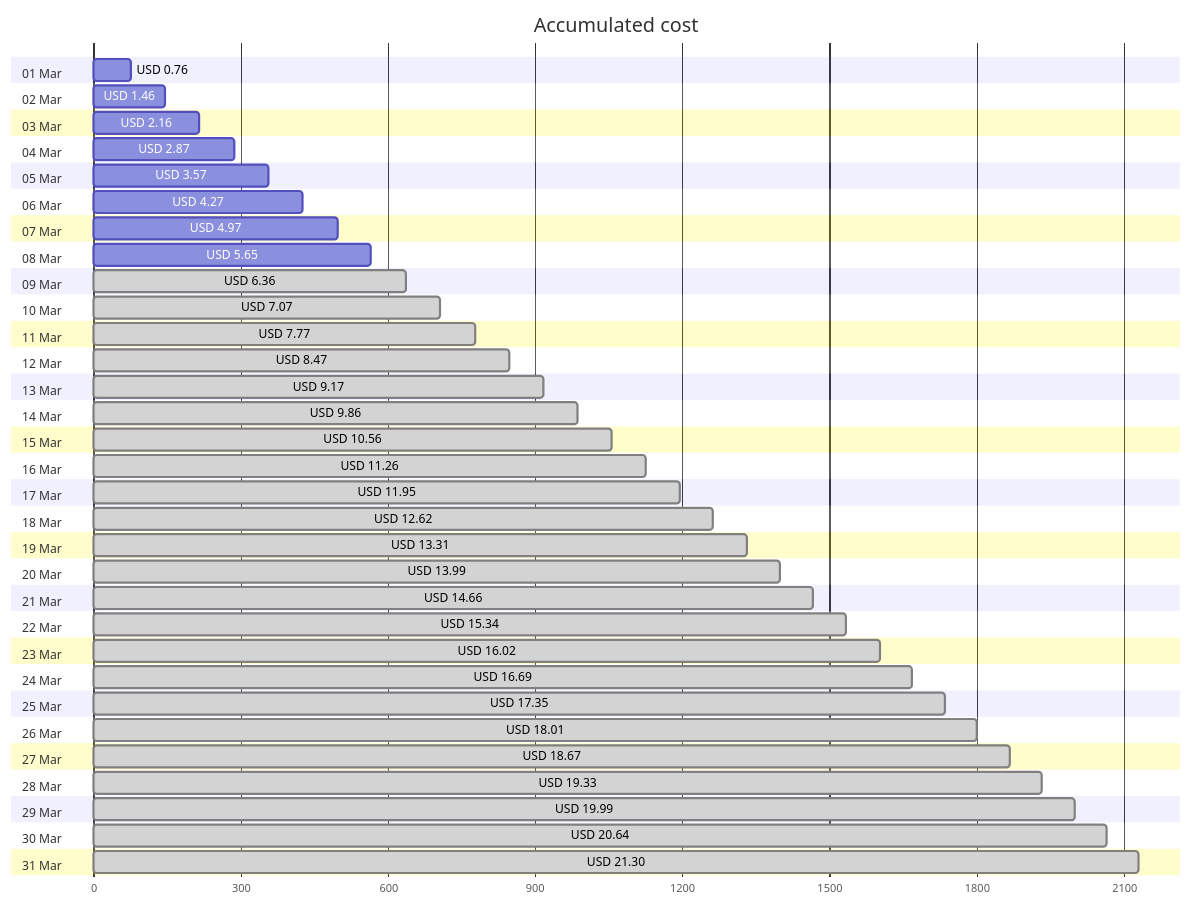
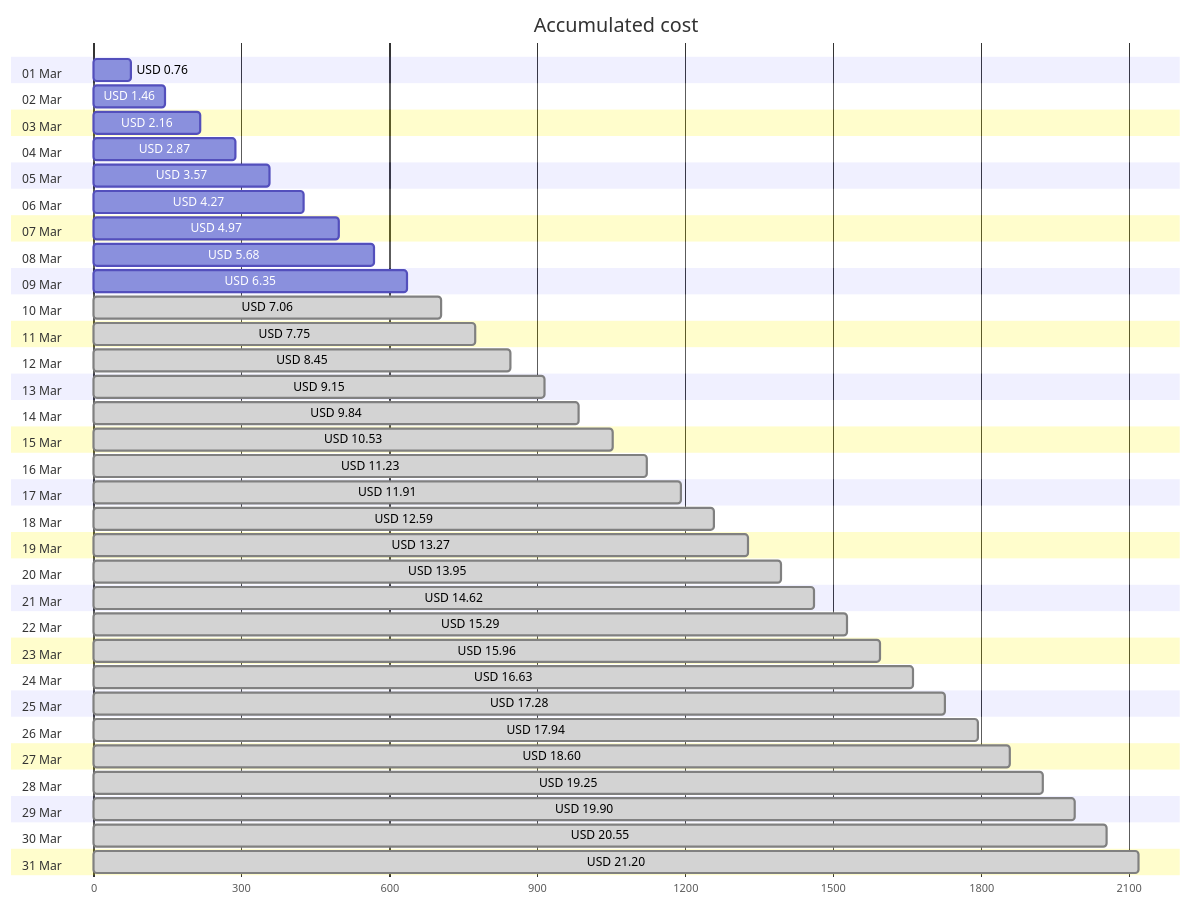
The first of 4 diagrams in cost-reports/personal-network/backup-server-data-disk.md (jpfulton/azure-personal-reports), drawn with Mermaid before and after one commit. The commit also changed other lines of this file and 8 other files, not shown here.

````diff
--- a/cost-reports/personal-network/backup-server-data-disk.md
+++ b/cost-reports/personal-network/backup-server-data-disk.md
@@ -20,68 +20,68 @@
 ```mermaid
 gantt
    title Accumulated cost
    dateFormat  X
    axisFormat %s
    section 01 Mar
    USD 0.76 :0, 76
    section 02 Mar
    USD 1.46 :0, 146
    section 03 Mar
    USD 2.16 :0, 216
    section 04 Mar
    USD 2.87 :0, 287
    section 05 Mar
    USD 3.57 :0, 357
    section 06 Mar
    USD 4.27 :0, 427
    section 07 Mar
    USD 4.97 :0, 497
    section 08 Mar
-   USD 5.65 :0, 565
+   USD 5.68 :0, 568
    section 09 Mar
-   USD 6.36 : done, 0, 636
+   USD 6.35 :0, 635
    section 10 Mar
-   USD 7.07 : done, 0, 707
+   USD 7.06 : done, 0, 706
    section 11 Mar
-   USD 7.77 : done, 0, 777
+   USD 7.75 : done, 0, 775
    section 12 Mar
-   USD 8.47 : done, 0, 847
+   USD 8.45 : done, 0, 845
    section 13 Mar
-   USD 9.17 : done, 0, 917
+   USD 9.15 : done, 0, 915
    section 14 Mar
-   USD 9.86 : done, 0, 986
+   USD 9.84 : done, 0, 984
    section 15 Mar
-   USD 10.56 : done, 0, 1056
+   USD 10.53 : done, 0, 1053
    section 16 Mar
-   USD 11.26 : done, 0, 1126
+   USD 11.23 : done, 0, 1123
    section 17 Mar
-   USD 11.95 : done, 0, 1195
+   USD 11.91 : done, 0, 1191
    section 18 Mar
-   USD 12.62 : done, 0, 1262
+   USD 12.59 : done, 0, 1259
    section 19 Mar
-   USD 13.31 : done, 0, 1331
+   USD 13.27 : done, 0, 1327
    section 20 Mar
-   USD 13.99 : done, 0, 1399
+   USD 13.95 : done, 0, 1395
    section 21 Mar
-   USD 14.66 : done, 0, 1466
+   USD 14.62 : done, 0, 1462
    section 22 Mar
-   USD 15.34 : done, 0, 1534
+   USD 15.29 : done, 0, 1529
    section 23 Mar
-   USD 16.02 : done, 0, 1602
+   USD 15.96 : done, 0, 1596
    section 24 Mar
-   USD 16.69 : done, 0, 1669
+   USD 16.63 : done, 0, 1663
    section 25 Mar
-   USD 17.35 : done, 0, 1735
+   USD 17.28 : done, 0, 1728
    section 26 Mar
-   USD 18.01 : done, 0, 1801
+   USD 17.94 : done, 0, 1794
    section 27 Mar
-   USD 18.67 : done, 0, 1867
+   USD 18.60 : done, 0, 1860
    section 28 Mar
-   USD 19.33 : done, 0, 1933
+   USD 19.25 : done, 0, 1925
    section 29 Mar
-   USD 19.99 : done, 0, 1999
+   USD 19.90 : done, 0, 1990
    section 30 Mar
-   USD 20.64 : done, 0, 2064
+   USD 20.55 : done, 0, 2055
    section 31 Mar
-   USD 21.30 : done, 0, 2130
+   USD 21.20 : done, 0, 2120
 ```
````
